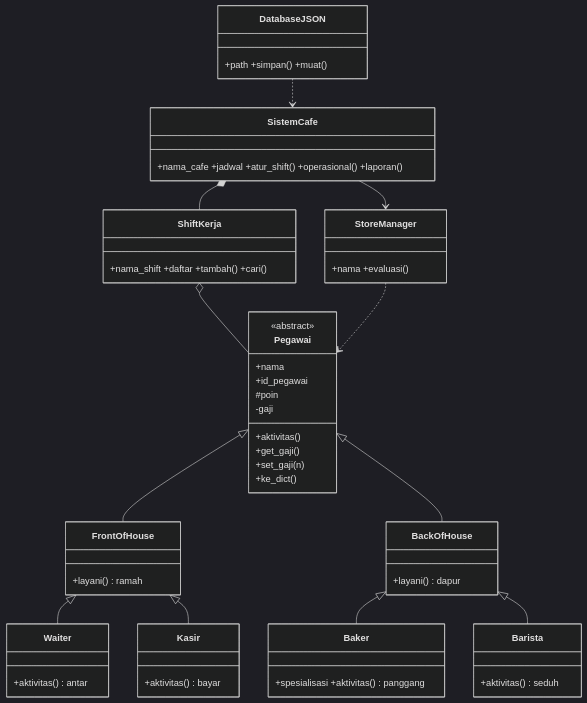
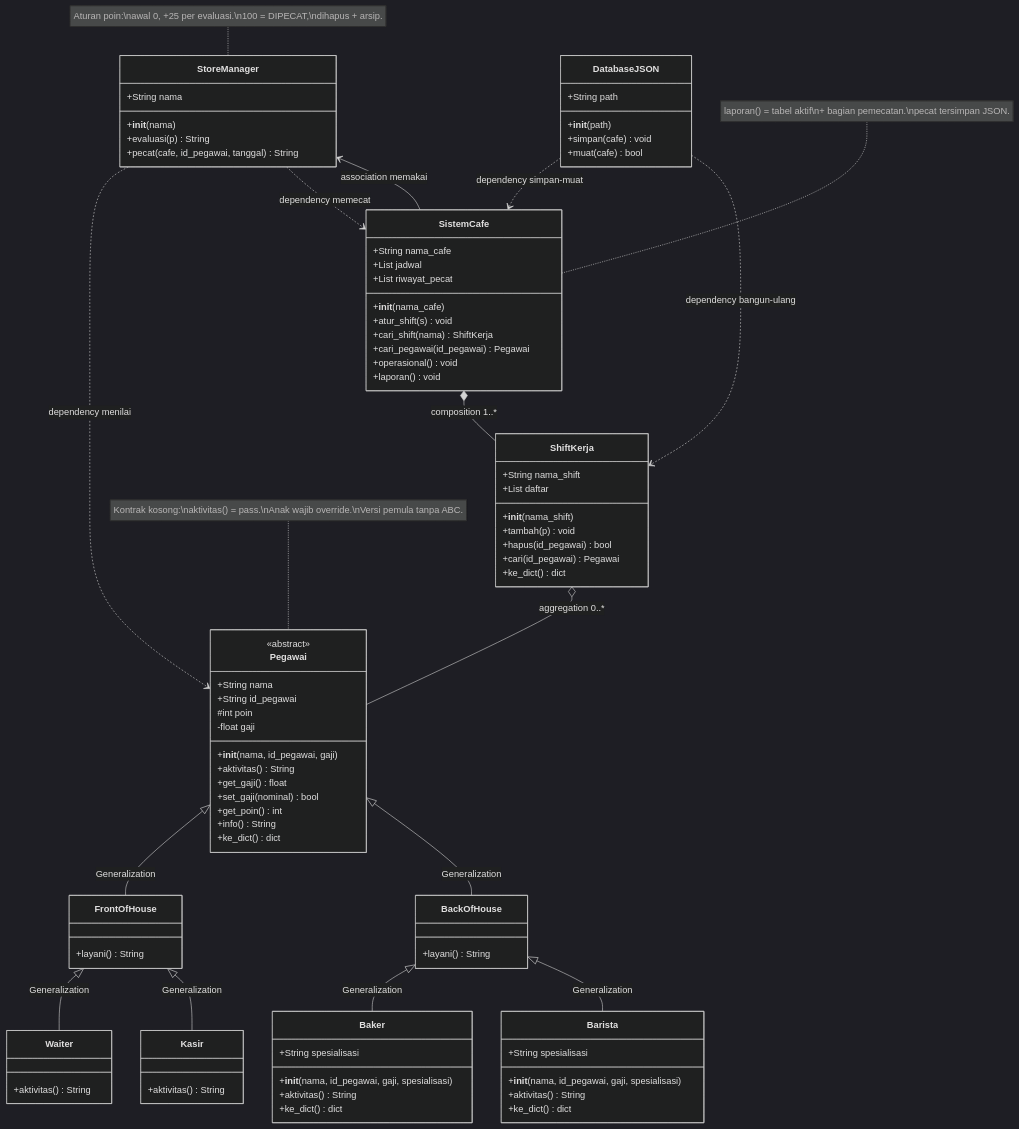
Before and after one commit to rofal-gg/Quiz-PBO: the second of 4 diagrams in README.md, drawn with Mermaid (dark theme). The commit also changed other lines of this file and 10 other files, not shown here.

````diff
--- a/README.md
+++ b/README.md
@@ -69,34 +109,90 @@
 classDiagram
     class Pegawai {
         <<abstract>>
-        +nama
-        +id_pegawai
-        #poin
-        -gaji
-        +aktivitas()
-        +get_gaji()
-        +set_gaji(n)
-        +ke_dict()
+        +String nama
+        +String id_pegawai
+        #int poin
+        -float gaji
+        +__init__(nama, id_pegawai, gaji)
+        +aktivitas() String
+        +get_gaji() float
+        +set_gaji(nominal) bool
+        +get_poin() int
+        +info() String
+        +ke_dict() dict
     }
-    class FrontOfHouse { +layani() ramah }
-    class BackOfHouse { +layani() dapur }
-    class Waiter { +aktivitas() antar }
-    class Kasir { +aktivitas() bayar }
-    class Baker { +spesialisasi +aktivitas() panggang }
-    class Barista { +aktivitas() seduh }
-    class ShiftKerja { +nama_shift +daftar +tambah() +cari() }
-    class StoreManager { +nama +evaluasi() }
-    class SistemCafe { +nama_cafe +jadwal +atur_shift() +operasional() +laporan() }
-    class DatabaseJSON { +path +simpan() +muat() }
-    Pegawai <|-- FrontOfHouse
-    Pegawai <|-- BackOfHouse
-    FrontOfHouse <|-- Waiter
-    FrontOfHouse <|-- Kasir
-    BackOfHouse <|-- Baker
-    BackOfHouse <|-- Barista
-    SistemCafe *-- ShiftKerja
-    ShiftKerja o-- Pegawai
-    StoreManager ..> Pegawai
-    SistemCafe --> StoreManager
-    DatabaseJSON ..> SistemCafe
+    class FrontOfHouse {
+        +layani() String
+    }
+    class BackOfHouse {
+        +layani() String
+    }
+    class Waiter {
+        +aktivitas() String
+    }
+    class Kasir {
+        +aktivitas() String
+    }
+    class Baker {
+        +String spesialisasi
+        +__init__(nama, id_pegawai, gaji, spesialisasi)
+        +aktivitas() String
+        +ke_dict() dict
+    }
+    class Barista {
+        +String spesialisasi
+        +__init__(nama, id_pegawai, gaji, spesialisasi)
+        +aktivitas() String
+        +ke_dict() dict
+    }
+    class ShiftKerja {
+        +String nama_shift
+        +List daftar
+        +__init__(nama_shift)
+        +tambah(p) void
+        +hapus(id_pegawai) bool
+        +cari(id_pegawai) Pegawai
+        +ke_dict() dict
+    }
+    class StoreManager {
+        +String nama
+        +__init__(nama)
+        +evaluasi(p) String
+        +pecat(cafe, id_pegawai, tanggal) String
+    }
+    class SistemCafe {
+        +String nama_cafe
+        +List jadwal
+        +List riwayat_pecat
+        +__init__(nama_cafe)
+        +atur_shift(s) void
+        +cari_shift(nama) ShiftKerja
+        +cari_pegawai(id_pegawai) Pegawai
+        +operasional() void
+        +laporan() void
+    }
+    class DatabaseJSON {
+        +String path
+        +__init__(path)
+        +simpan(cafe) void
+        +muat(cafe) bool
+    }
+
+    Pegawai <|-- FrontOfHouse : Generalization
+    Pegawai <|-- BackOfHouse : Generalization
+    FrontOfHouse <|-- Waiter : Generalization
+    FrontOfHouse <|-- Kasir : Generalization
+    BackOfHouse <|-- Baker : Generalization
+    BackOfHouse <|-- Barista : Generalization
+    SistemCafe *-- ShiftKerja : composition 1..*
+    ShiftKerja o-- Pegawai : aggregation 0..*
+    StoreManager ..> Pegawai : dependency menilai
+    StoreManager ..> SistemCafe : dependency memecat
+    SistemCafe --> StoreManager : association memakai
+    DatabaseJSON ..> SistemCafe : dependency simpan-muat
+    DatabaseJSON ..> ShiftKerja : dependency bangun-ulang
+
+    note for Pegawai "Kontrak kosong:\naktivitas() = pass.\nAnak wajib override.\nVersi pemula tanpa ABC."
+    note for StoreManager "Aturan poin:\nawal 0, +25 per evaluasi.\n100 = DIPECAT,\ndihapus + arsip."
+    note for SistemCafe "laporan() = tabel aktif\n+ bagian pemecatan.\npecat tersimpan JSON."
 ```
````
